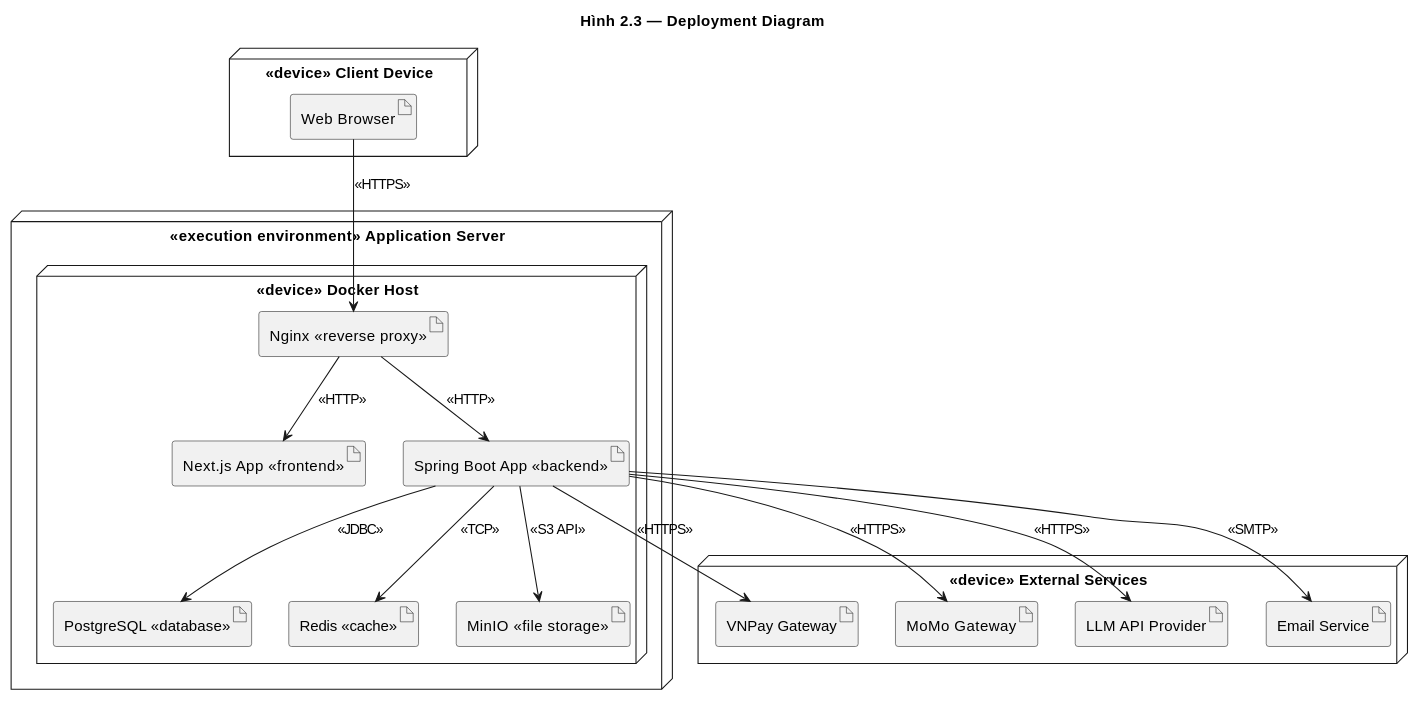
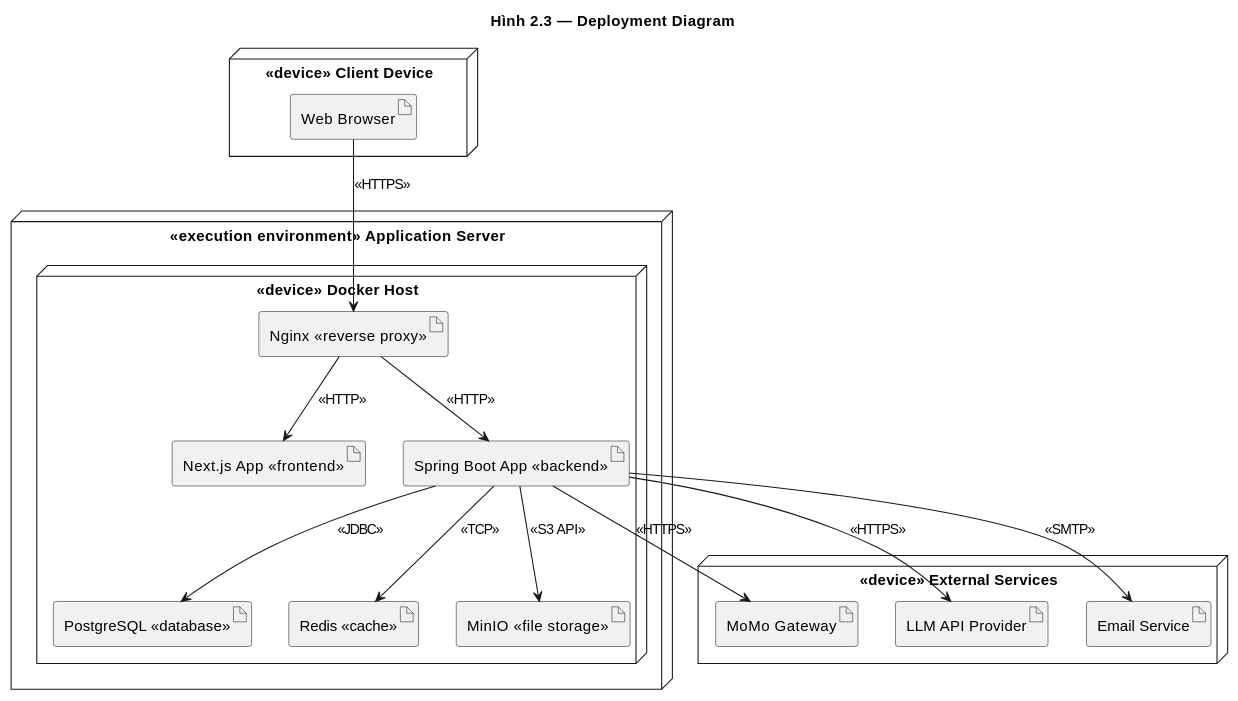
The second of 11 diagrams in docs/design.md (huuhieu56/PC-Parts-ECommerce), drawn with PlantUML before and after one commit. The commit also changed other lines of this file and 50 other files, not shown here.

````diff
--- a/docs/design.md
+++ b/docs/design.md
@@ -361,38 +374,36 @@
 ```plantuml
 @startuml deployment_diagram
 title Hình 2.3 — Deployment Diagram
 
 node "<<device>> Client Device" as client {
     artifact "Web Browser" as browser
 }
 
 node "<<execution environment>> Application Server" as appserver {
     node "<<device>> Docker Host" as docker {
         artifact "Nginx <<reverse proxy>>" as nginx
         artifact "Next.js App <<frontend>>" as frontend
         artifact "Spring Boot App <<backend>>" as backend
         artifact "PostgreSQL <<database>>" as postgres
         artifact "Redis <<cache>>" as redis
         artifact "MinIO <<file storage>>" as minio
     }
 }
 
 node "<<device>> External Services" as ext {
-    artifact "VNPay Gateway" as vnpay
     artifact "MoMo Gateway" as momo
     artifact "LLM API Provider" as llm
     artifact "Email Service" as smtp
 }
 
 browser --> nginx : <<HTTPS>>
 nginx --> frontend : <<HTTP>>
 nginx --> backend : <<HTTP>>
 backend --> postgres : <<JDBC>>
 backend --> redis : <<TCP>>
 backend --> minio : <<S3 API>>
-backend --> vnpay : <<HTTPS>>
 backend --> momo : <<HTTPS>>
 backend --> llm : <<HTTPS>>
 backend --> smtp : <<SMTP>>
 @enduml
 ```
````
